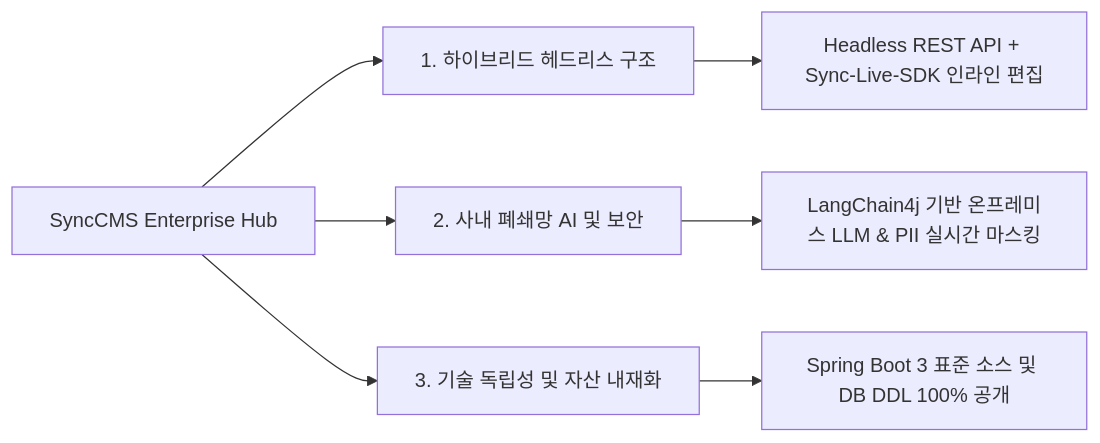
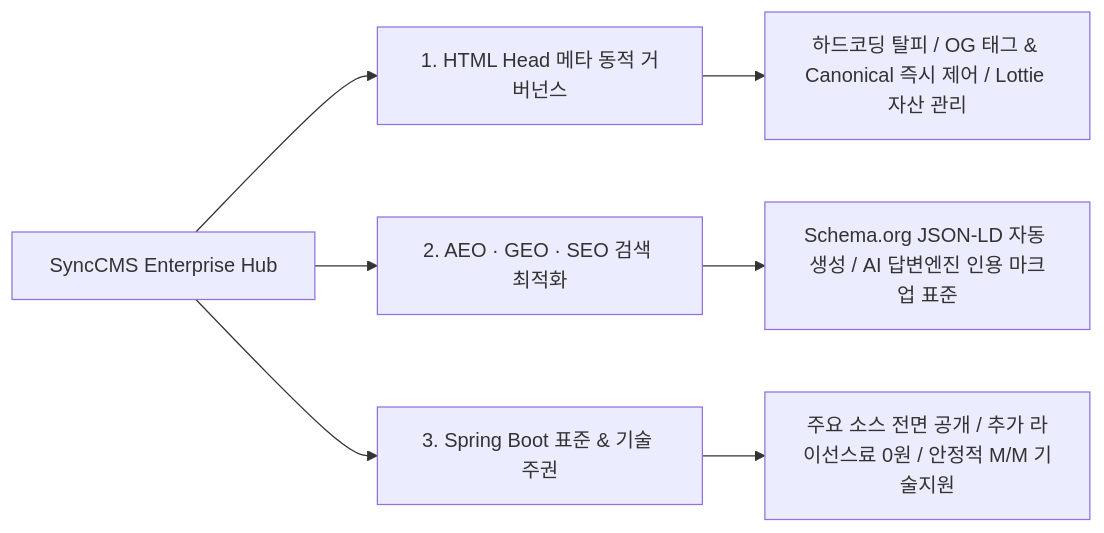
One commit to DramaticCollaboration/doc.github.io changed the diagram in ko/synccms/index.md. Above: the diagram before and after it, drawn with Mermaid. The commit also changed other lines of this file, not shown here.

Commit message:
SyncVerse 리팩토링

````diff
--- a/ko/synccms/index.md
+++ b/ko/synccms/index.md
@@ -33,10 +33,10 @@
 ```mermaid
 graph LR
-    A[SyncCMS Enterprise Hub] --> B[1. 하이브리드 헤드리스 구조]
-    A --> C[2. 사내 폐쇄망 AI 및 보안]
-    A --> D[3. 기술 독립성 및 자산 내재화]
+    A[SyncCMS Enterprise Hub] --> B[1. HTML Head 메타 동적 거버넌스]
+    A --> C[2. AEO · GEO · SEO 검색 최적화]
+    A --> D[3. Spring Boot 표준 & 기술 주권]
 
-    B --> B1["Headless REST API + Sync-Live-SDK 인라인 편집"]
-    C --> C1["LangChain4j 기반 온프레미스 LLM & PII 실시간 마스킹"]
-    D --> D1["Spring Boot 3 표준 소스 및 DB DDL 100% 공개"]
+    B --> B1["하드코딩 탈피 / OG 태그 & Canonical 즉시 제어 / Lottie 자산 관리"]
+    C --> C1["Schema.org JSON-LD 자동 생성 / AI 답변엔진 인용 마크업 표준"]
+    D --> D1["주요 소스 전면 공개 / 추가 라이선스료 0원 / 안정적 M/M 기술지원"]
 ```
````
